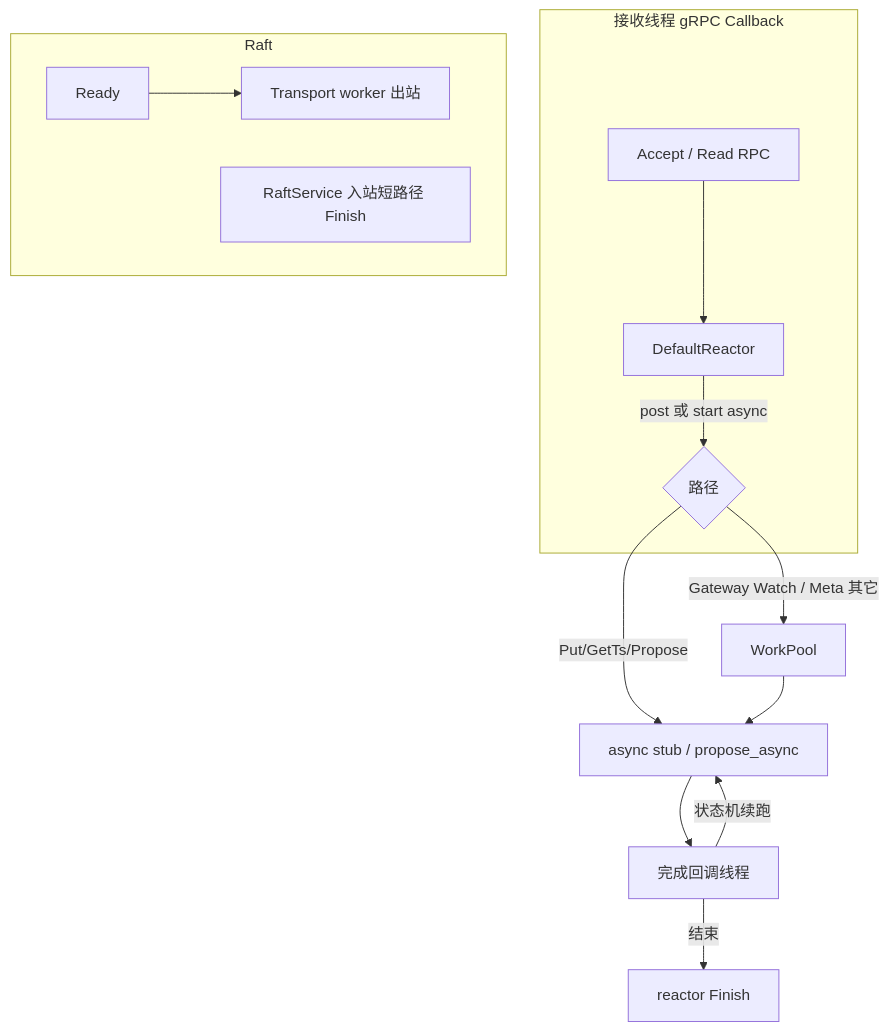
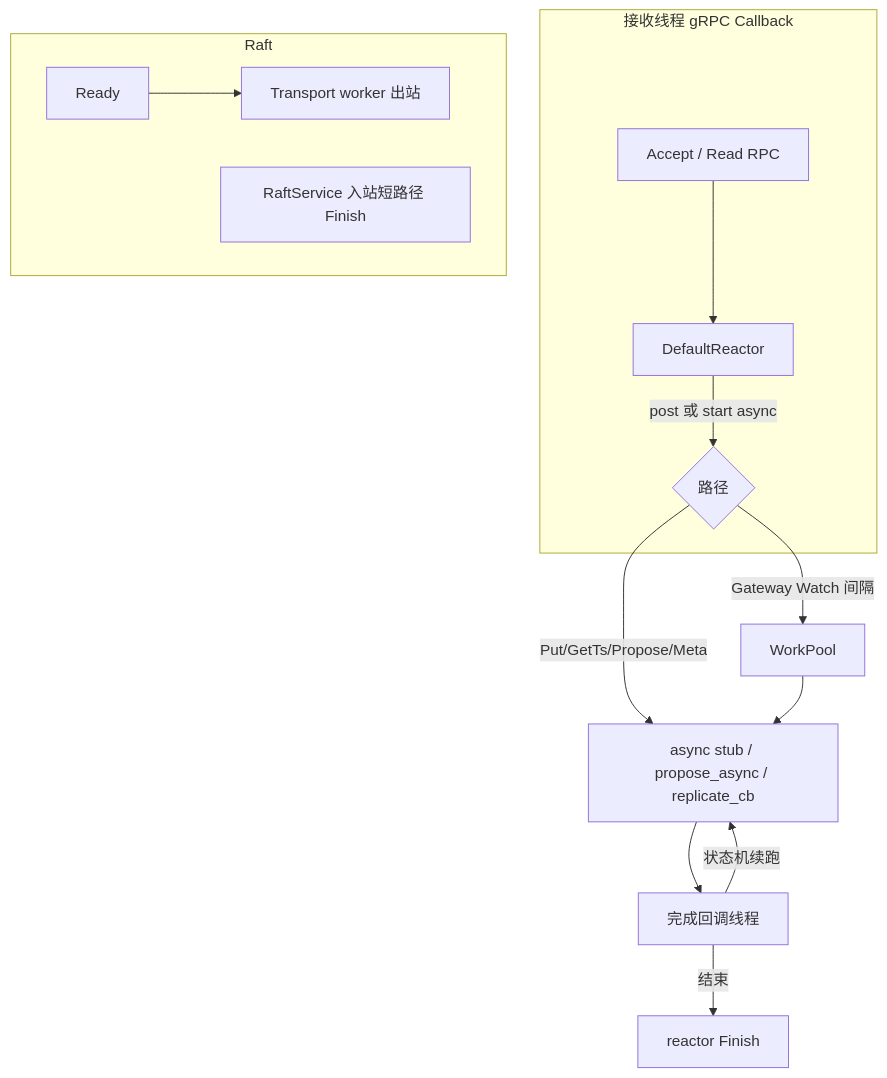
One commit to devotionalist/openkv changed the diagram in docs/flows/22-async-threading-model.md. Above: the diagram before and after it, drawn with Mermaid. The commit also changed other lines of this file and 11 other files, not shown here.

First line of the commit message:
Drop Meta WorkPool: async Watch, GetScale, and Activate/Join.

````diff
--- a/docs/flows/22-async-threading-model.md
+++ b/docs/flows/22-async-threading-model.md
@@ -29,17 +29,17 @@
 ```mermaid
 flowchart TB
   subgraph recv [接收线程 gRPC Callback]
     A[Accept / Read RPC] --> B[DefaultReactor]
     B -->|post 或 start async| C{路径}
   end
-  C -->|Put/GetTs/Propose| D[async stub / propose_async]
-  C -->|Gateway Watch / Meta 其它| E[WorkPool]
+  C -->|Put/GetTs/Propose/Meta| D[async stub / propose_async / replicate_cb]
+  C -->|Gateway Watch 间隔| E[WorkPool]
   E --> D
   D --> F[完成回调线程]
   F -->|状态机续跑| D
   F -->|结束| G[reactor Finish]
   subgraph raft [Raft]
     H[Ready] --> I[Transport worker 出站]
     J[RaftService 入站短路径 Finish]
   end
 ```
````
